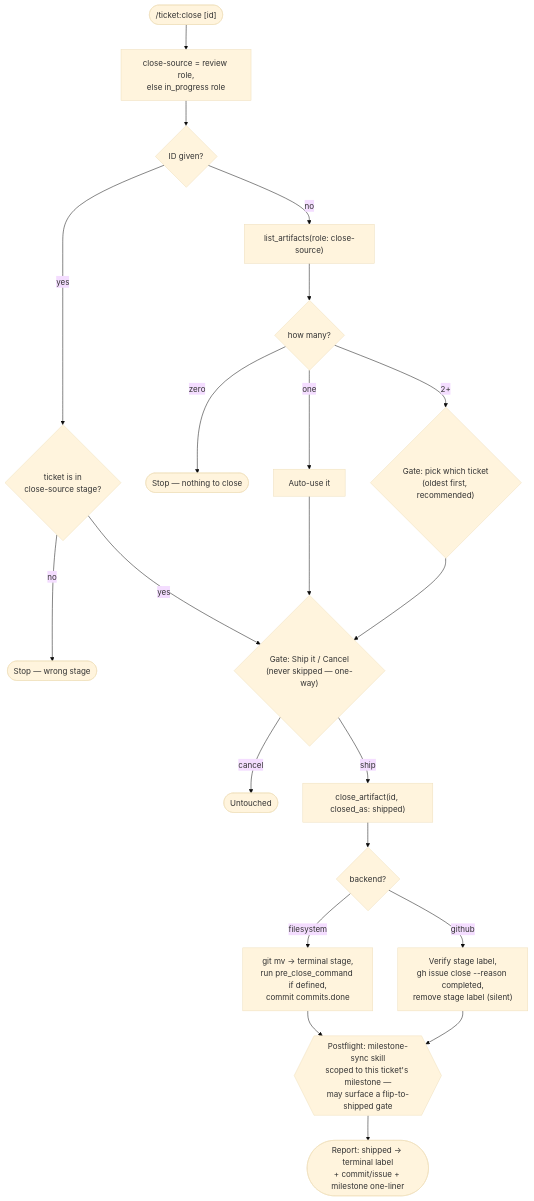
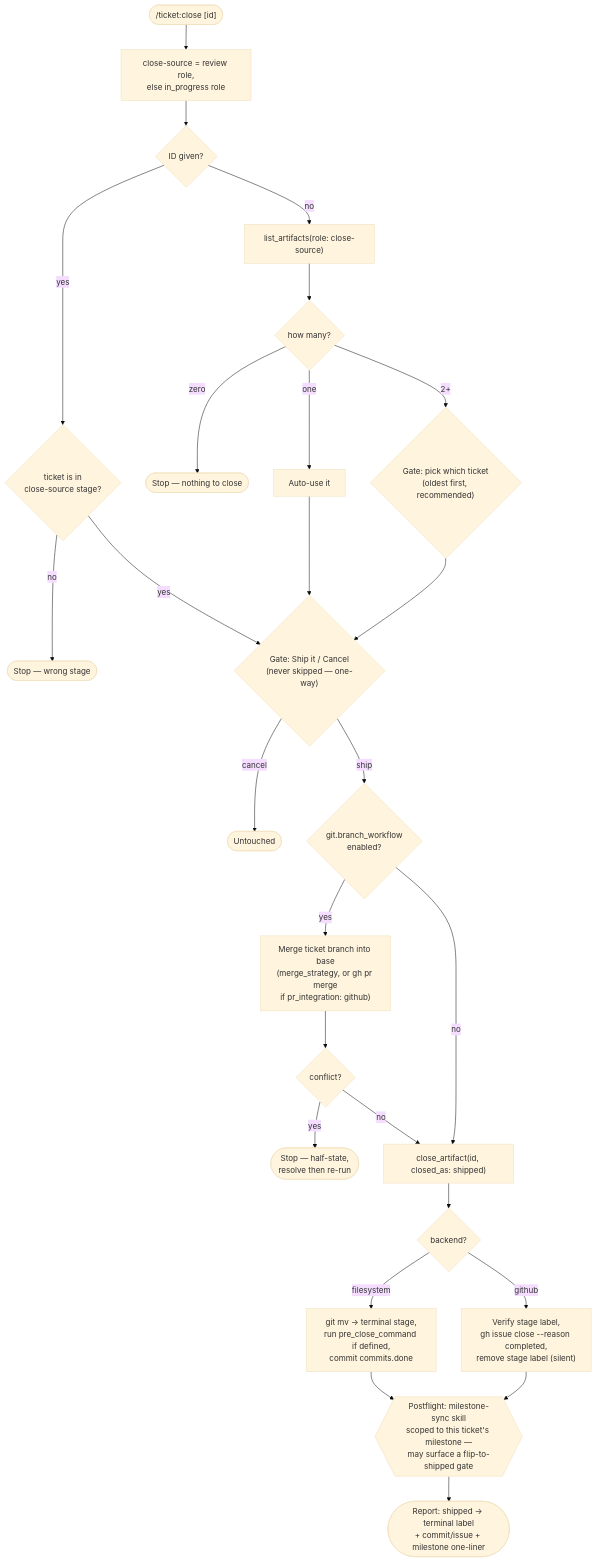
The diagram in docs/workflow/close.md (elmoritz/agents-skills-setup), drawn with Mermaid (base theme) before and after one commit. The commit also changed other lines of this file and 88 other files, not shown here.

First line of the commit message:
feat(ticket): branch-per-ticket workflow, GH board bootstrap, review advisors

````diff
--- a/docs/workflow/close.md
+++ b/docs/workflow/close.md
@@ -14,29 +14,34 @@
 ```mermaid
 flowchart TD
     Start(["/ticket:close [id]"]) --> Source["close-source = review role,<br/>else in_progress role"]
     Source --> HasId{"ID given?"}
     HasId -->|yes| MustBeSource{"ticket is in<br/>close-source stage?"}
     MustBeSource -->|no| Stop(["Stop — wrong stage"])
     MustBeSource -->|yes| G1
 
     HasId -->|no| List["list_artifacts(role: close-source)"]
     List --> Count{"how many?"}
     Count -->|zero| Empty(["Stop — nothing to close"])
     Count -->|one| AutoUse["Auto-use it"]
     Count -->|2+| G0{"Gate: pick which ticket<br/>(oldest first, recommended)"}
     AutoUse --> G1
     G0 --> G1
 
     G1{"Gate: Ship it / Cancel<br/>(never skipped — one-way)"}
     G1 -->|cancel| Cancelled(["Untouched"])
-    G1 -->|ship| Close["close_artifact(id, closed_as: shipped)"]
+    G1 -->|ship| MergeBranch{"git.branch_workflow<br/>enabled?"}
+    MergeBranch -->|yes| DoMerge["Merge ticket branch into base<br/>(merge_strategy, or gh pr merge<br/>if pr_integration: github)"]
+    DoMerge --> Conflict{"conflict?"}
+    Conflict -->|yes| MergeStop(["Stop — half-state,<br/>resolve then re-run"])
+    Conflict -->|no| Close
+    MergeBranch -->|no| Close["close_artifact(id, closed_as: shipped)"]
 
     Close --> FS{"backend?"}
     FS -->|filesystem| FSClose["git mv → terminal stage,<br/>run pre_close_command if defined,<br/>commit commits.done"]
     FS -->|github| GHClose["Verify stage label,<br/>gh issue close --reason completed,<br/>remove stage label (silent)"]
 
     FSClose --> Milestone
     GHClose --> Milestone
     Milestone{{"Postflight: milestone-sync skill<br/>scoped to this ticket's milestone —<br/>may surface a flip-to-shipped gate"}}
     Milestone --> Report(["Report: shipped → terminal label<br/>+ commit/issue + milestone one-liner"])
 ```
````
